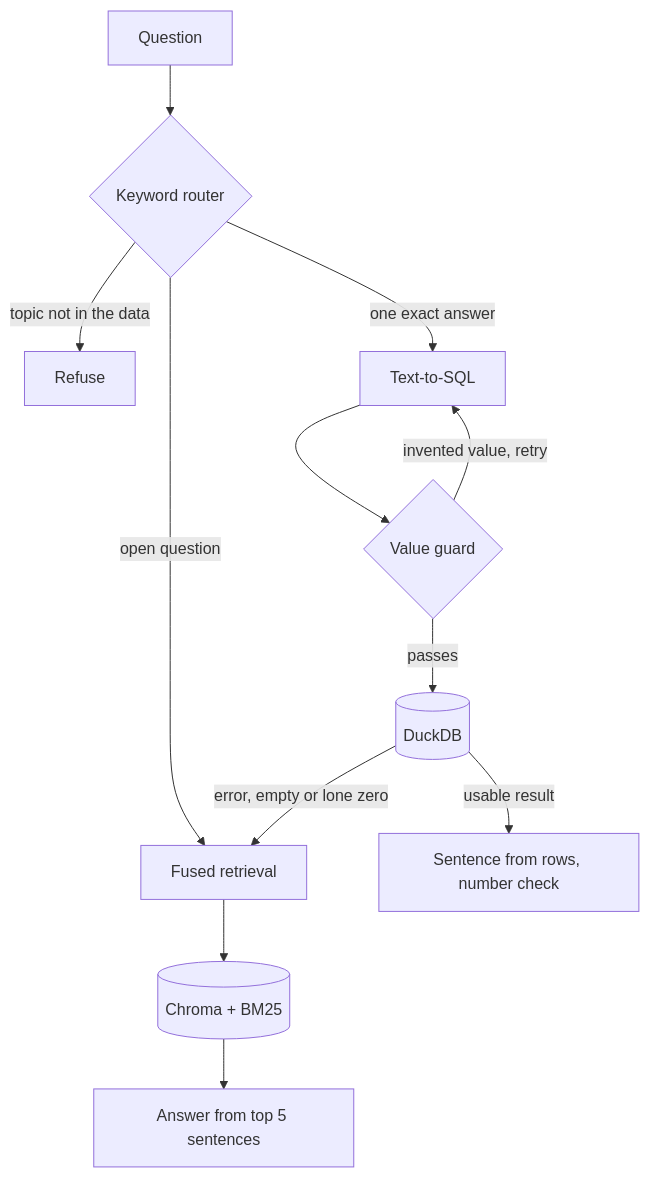
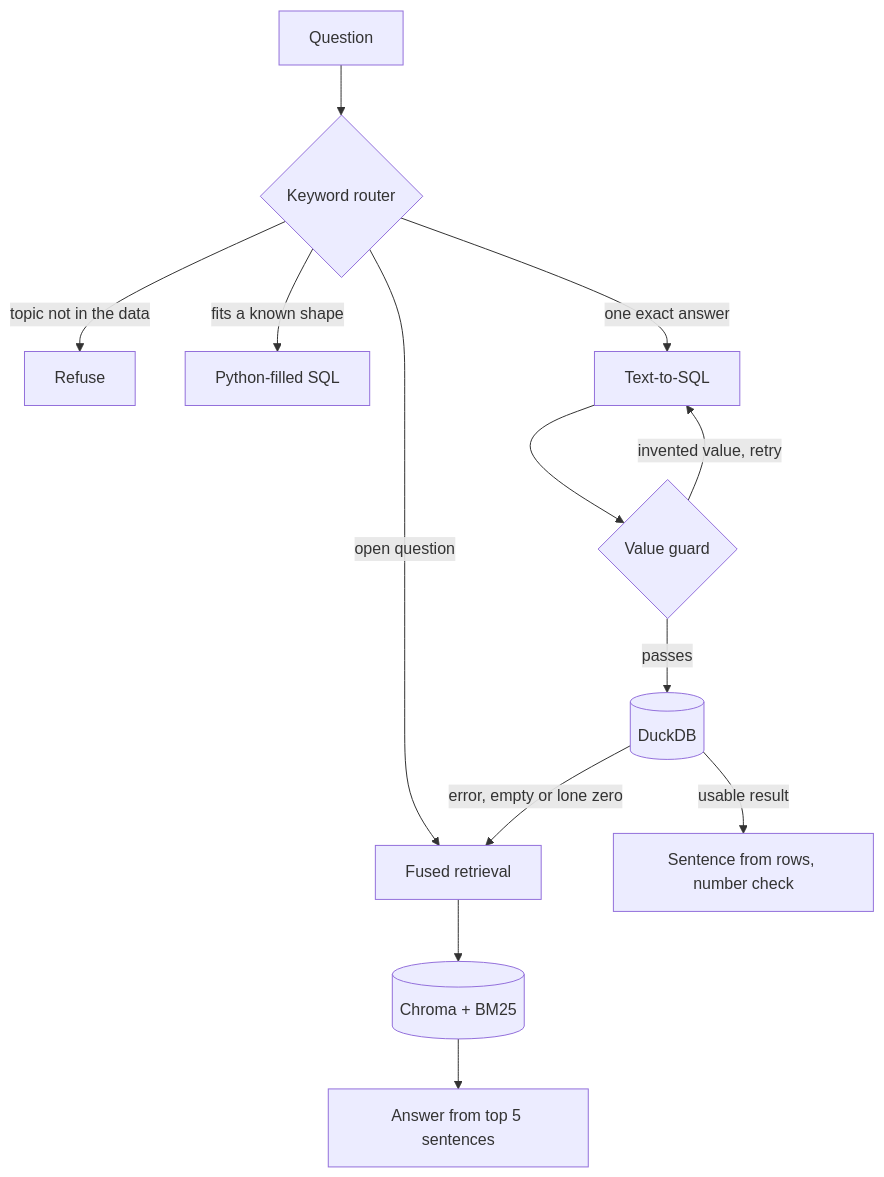
The diagram in README.md (Bobcat310/f1-rag), drawn with Mermaid before and after one commit. The commit also changed other lines of this file, not shown here.

````diff
--- a/README.md
+++ b/README.md
@@ -11,14 +11,15 @@
 ```mermaid
 flowchart TD
     Q[Question] --> R{Keyword router}
     R -->|topic not in the data| X[Refuse]
+    R -->|fits a known shape| T[Python-filled SQL]
     R -->|one exact answer| S[Text-to-SQL]
     R -->|open question| V[Fused retrieval]
     S --> G{Value guard}
     G -->|invented value, retry| S
     G -->|passes| D[(DuckDB)]
     D -->|usable result| A1[Sentence from rows, number check]
     D -->|error, empty or lone zero| V
     V --> C[(Chroma + BM25)]
     C --> A2[Answer from top 5 sentences]
 ```
````
